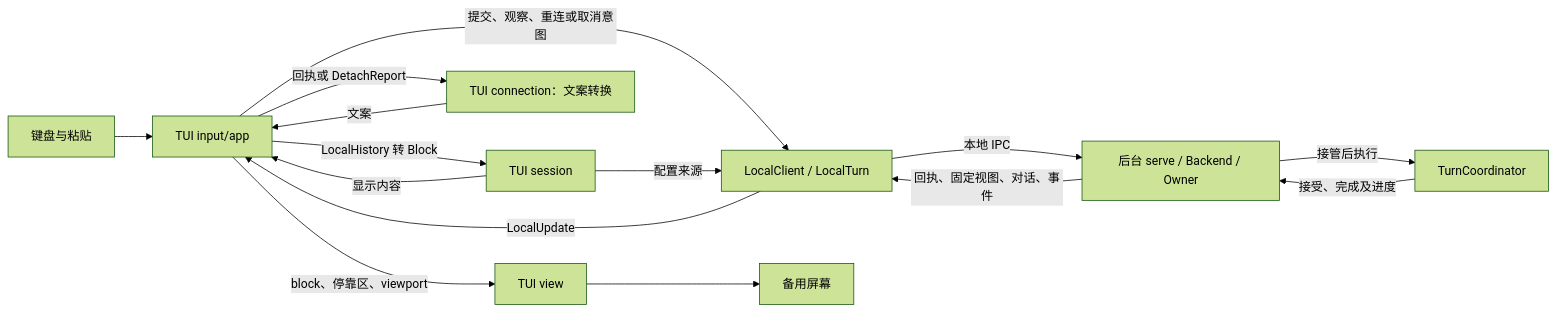
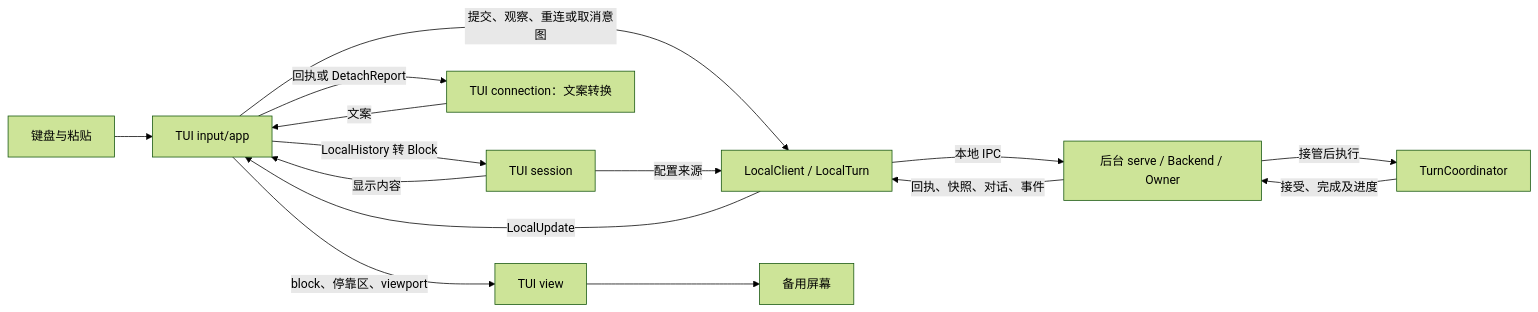
Before and after one commit to Skyline10124/lattice: the diagram in docs/architecture/tui.md, drawn with Mermaid (forest theme). The commit also changed other lines of this file and 8 other files, not shown here.

First line of the commit message:
docs(architecture): 按 ADR 0006 修订会话、存储与相关合同（待批准）

````diff
--- a/docs/architecture/tui.md
+++ b/docs/architecture/tui.md
@@ -54,17 +45,17 @@
 ```mermaid
 flowchart LR
     K["键盘与粘贴"] --> A["TUI input/app"]
     A -->|提交、观察、重连或取消意图| L["LocalClient / LocalTurn"]
     S["TUI session"] -->|配置来源| L
     L -->|本地 IPC| B["后台 serve / Backend / Owner"]
     B -->|接管后执行| E["TurnCoordinator"]
     E -->|接受、完成及进度| B
-    B -->|回执、固定视图、对话、事件| L
+    B -->|回执、快照、对话、事件| L
     L -->|LocalUpdate| A
     A -->|LocalHistory 转 Block| S
     S -->|显示内容| A
     A -->|回执或 DetachReport| C["TUI connection：文案转换"]
     C -->|文案| A
     A -->|block、停靠区、viewport| V["TUI view"]
     V --> T["备用屏幕"]
 ```
````
